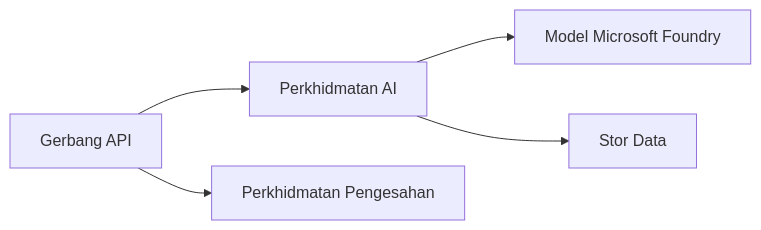
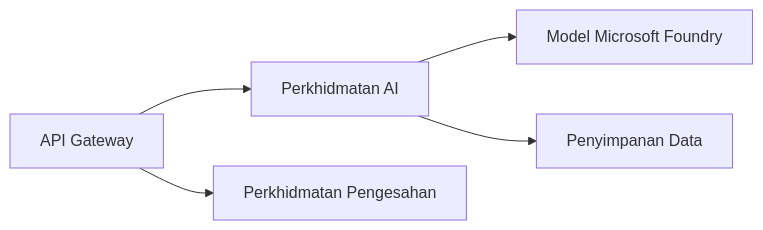
One commit to microsoft/AZD-for-beginners changed the first of 2 diagrams in translations/ms/docs/chapter-08-production/README.md. Above: the diagram before and after it, drawn with Mermaid. The commit also changed other lines of this file and 104 other files, not shown here.

````diff
--- a/translations/ms/docs/chapter-08-production/README.md
+++ b/translations/ms/docs/chapter-08-production/README.md
@@ -48,6 +48,6 @@
 ```mermaid
 graph LR
-    Gateway[Gerbang API] --> AI[Perkhidmatan AI] --> Models[Model Microsoft Foundry]
+    Gateway[API Gateway] --> AI[Perkhidmatan AI] --> Models[Model Microsoft Foundry]
     Gateway --> Auth[Perkhidmatan Pengesahan]
-    AI --> Data[Stor Data]
+    AI --> Data[Penyimpanan Data]
 ```
````
